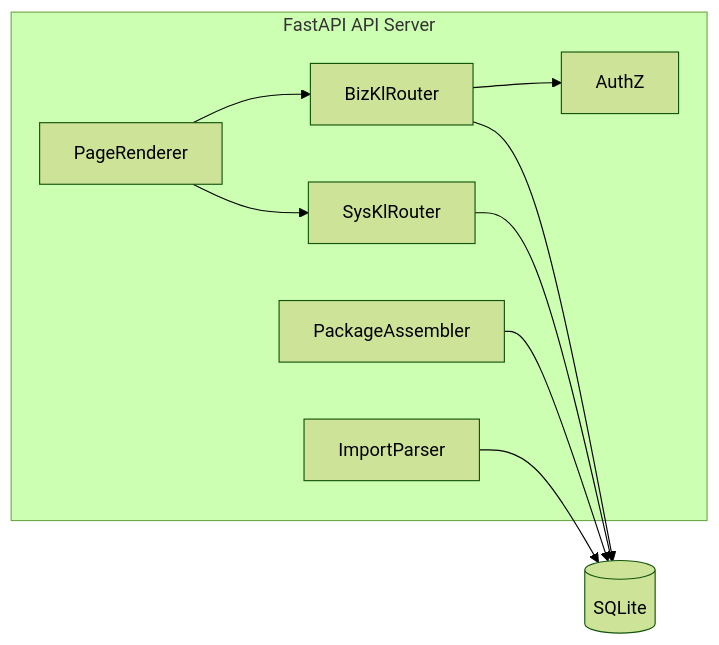
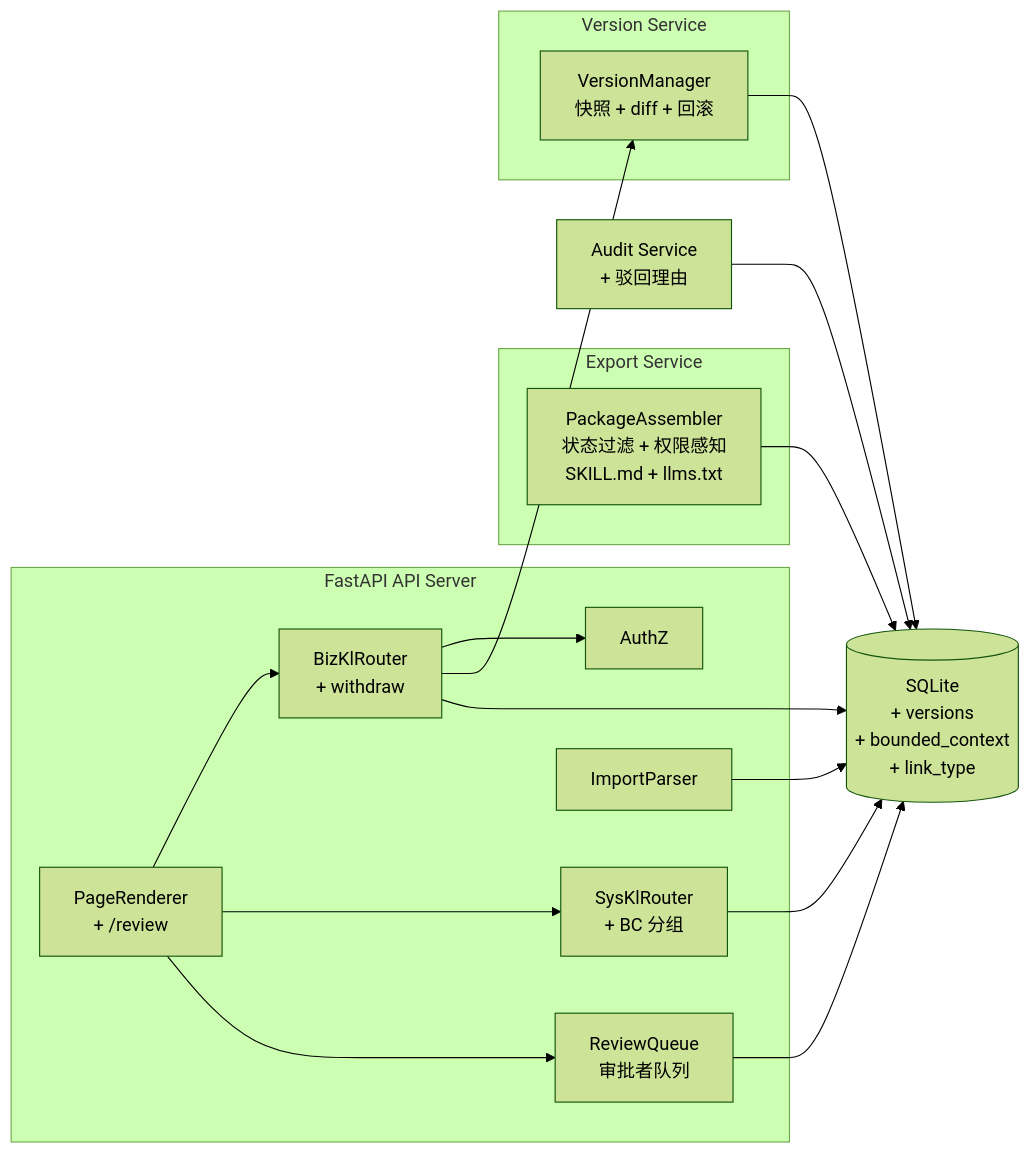
Before and after one commit to ttmens/pm-kl-management: the diagram in architecture/c4-component.md, drawn with Mermaid (forest theme). The commit also changed other lines of this file and 6 other files, not shown here.

````diff
--- a/architecture/c4-component.md
+++ b/architecture/c4-component.md
@@ -16,19 +18,31 @@
 ```mermaid
 flowchart LR
   subgraph api [FastAPI API Server]
-    BIZ[BizKlRouter]
-    SYS[SysKlRouter]
-    PKG[PackageAssembler]
+    BIZ[BizKlRouter\n+ withdraw]
+    SYS[SysKlRouter\n+ BC 分组]
+    REV[ReviewQueue\n审批者队列]
     IMP[ImportParser]
     AUTH[AuthZ]
-    PAGE[PageRenderer]
+    PAGE[PageRenderer\n+ /review]
   end
-  DB[(SQLite)]
+  subgraph export [Export Service]
+    PKG[PackageAssembler\n状态过滤 + 权限感知\nSKILL.md + llms.txt]
+  end
+  subgraph version [Version Service]
+    VER[VersionManager\n快照 + diff + 回滚]
+  end
+  AUD[Audit Service\n+ 驳回理由]
+  DB[(SQLite\n+ versions\n+ bounded_context\n+ link_type)]
   BIZ --> AUTH
+  BIZ --> VER
   BIZ --> DB
   SYS --> DB
+  REV --> DB
   PKG --> DB
   IMP --> DB
+  VER --> DB
+  AUD --> DB
   PAGE --> BIZ
   PAGE --> SYS
+  PAGE --> REV
 ```
````
